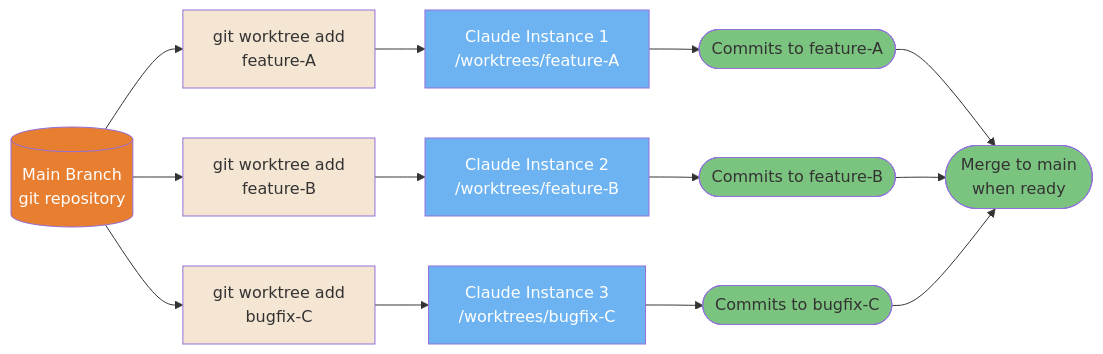
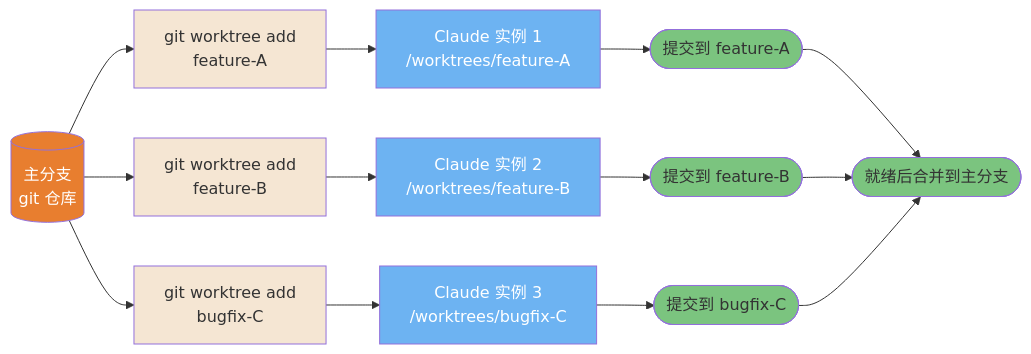
Before and after one commit to lawrencewzen/aispark-wiki: the second of 5 diagrams in claude-code/diagrams/07-multi-agent-patterns.md, drawn with Mermaid. The commit also changed other lines of this file and 82 other files, not shown here.

First line of the commit message:
feat: 完成 claude-code/ 目录全量中文翻译

````diff
--- a/claude-code/diagrams/07-multi-agent-patterns.md
+++ b/claude-code/diagrams/07-multi-agent-patterns.md
@@ -97,40 +97,40 @@
 ```mermaid
 flowchart LR
-    MB[(Main Branch<br/>git repository)] --> WA[git worktree add<br/>feature-A]
+    MB[(主分支<br/>git 仓库)] --> WA[git worktree add<br/>feature-A]
     MB --> WB[git worktree add<br/>feature-B]
     MB --> WC[git worktree add<br/>bugfix-C]
 
-    WA --> CA[Claude Instance 1<br/>/worktrees/feature-A]
-    WB --> CB[Claude Instance 2<br/>/worktrees/feature-B]
-    WC --> CC[Claude Instance 3<br/>/worktrees/bugfix-C]
+    WA --> CA[Claude 实例 1<br/>/worktrees/feature-A]
+    WB --> CB[Claude 实例 2<br/>/worktrees/feature-B]
+    WC --> CC[Claude 实例 3<br/>/worktrees/bugfix-C]
 
-    CA --> CA1([Commits to feature-A])
-    CB --> CB1([Commits to feature-B])
-    CC --> CC1([Commits to bugfix-C])
+    CA --> CA1([提交到 feature-A])
+    CB --> CB1([提交到 feature-B])
+    CC --> CC1([提交到 bugfix-C])
 
-    CA1 & CB1 & CC1 --> MERGE([Merge to main<br/>when ready])
+    CA1 & CB1 & CC1 --> MERGE([就绪后合并到主分支])
 
     style MB fill:#E87E2F,color:#fff
     style CA fill:#6DB3F2,color:#fff
     style CB fill:#6DB3F2,color:#fff
     style CC fill:#6DB3F2,color:#fff
     style CA1 fill:#7BC47F,color:#333
     style CB1 fill:#7BC47F,color:#333
     style CC1 fill:#7BC47F,color:#333
     style MERGE fill:#7BC47F,color:#333
     style WA fill:#F5E6D3,color:#333
     style WB fill:#F5E6D3,color:#333
     style WC fill:#F5E6D3,color:#333
 
-    click MB href "https://github.com/claude-code-ultimate-guide/claude-code-ultimate-guide/blob/main/guide/ultimate-guide.md#912-git-best-practices--workflows" "Main Branch"
-    click WA href "https://github.com/claude-code-ultimate-guide/claude-code-ultimate-guide/blob/main/guide/ultimate-guide.md#912-git-best-practices--workflows" "Worktree: feature-A"
-    click WB href "https://github.com/claude-code-ultimate-guide/claude-code-ultimate-guide/blob/main/guide/ultimate-guide.md#912-git-best-practices--workflows" "Worktree: feature-B"
-    click WC href "https://github.com/claude-code-ultimate-guide/claude-code-ultimate-guide/blob/main/guide/ultimate-guide.md#912-git-best-practices--workflows" "Worktree: bugfix-C"
-    click CA href "https://github.com/claude-code-ultimate-guide/claude-code-ultimate-guide/blob/main/guide/ultimate-guide.md#912-git-best-practices--workflows" "Claude Instance 1"
-    click CB href "https://github.com/claude-code-ultimate-guide/claude-code-ultimate-guide/blob/main/guide/ultimate-guide.md#912-git-best-practices--workflows" "Claude Instance 2"
-    click CC href "https://github.com/claude-code-ultimate-guide/claude-code-ultimate-guide/blob/main/guide/ultimate-guide.md#912-git-best-practices--workflows" "Claude Instance 3"
-    click CA1 href "https://github.com/claude-code-ultimate-guide/claude-code-ultimate-guide/blob/main/guide/ultimate-guide.md#912-git-best-practices--workflows" "Commits to feature-A"
-    click CB1 href "https://github.com/claude-code-ultimate-guide/claude-code-ultimate-guide/blob/main/guide/ultimate-guide.md#912-git-best-practices--workflows" "Commits to feature-B"
-    click CC1 href "https://github.com/claude-code-ultimate-guide/claude-code-ultimate-guide/blob/main/guide/ultimate-guide.md#912-git-best-practices--workflows" "Commits to bugfix-C"
-    click MERGE href "https://github.com/claude-code-ultimate-guide/claude-code-ultimate-guide/blob/main/guide/ultimate-guide.md#912-git-best-practices--workflows" "Merge to main"
+    click MB href "https://github.com/claude-code-ultimate-guide/claude-code-ultimate-guide/blob/main/guide/ultimate-guide.md#912-git-best-practices--workflows" "主分支"
+    click WA href "https://github.com/claude-code-ultimate-guide/claude-code-ultimate-guide/blob/main/guide/ultimate-guide.md#912-git-best-practices--workflows" "工作树：feature-A"
+    click WB href "https://github.com/claude-code-ultimate-guide/claude-code-ultimate-guide/blob/main/guide/ultimate-guide.md#912-git-best-practices--workflows" "工作树：feature-B"
+    click WC href "https://github.com/claude-code-ultimate-guide/claude-code-ultimate-guide/blob/main/guide/ultimate-guide.md#912-git-best-practices--workflows" "工作树：bugfix-C"
+    click CA href "https://github.com/claude-code-ultimate-guide/claude-code-ultimate-guide/blob/main/guide/ultimate-guide.md#912-git-best-practices--workflows" "Claude 实例 1"
+    click CB href "https://github.com/claude-code-ultimate-guide/claude-code-ultimate-guide/blob/main/guide/ultimate-guide.md#912-git-best-practices--workflows" "Claude 实例 2"
+    click CC href "https://github.com/claude-code-ultimate-guide/claude-code-ultimate-guide/blob/main/guide/ultimate-guide.md#912-git-best-practices--workflows" "Claude 实例 3"
+    click CA1 href "https://github.com/claude-code-ultimate-guide/claude-code-ultimate-guide/blob/main/guide/ultimate-guide.md#912-git-best-practices--workflows" "提交到 feature-A"
+    click CB1 href "https://github.com/claude-code-ultimate-guide/claude-code-ultimate-guide/blob/main/guide/ultimate-guide.md#912-git-best-practices--workflows" "提交到 feature-B"
+    click CC1 href "https://github.com/claude-code-ultimate-guide/claude-code-ultimate-guide/blob/main/guide/ultimate-guide.md#912-git-best-practices--workflows" "提交到 bugfix-C"
+    click MERGE href "https://github.com/claude-code-ultimate-guide/claude-code-ultimate-guide/blob/main/guide/ultimate-guide.md#912-git-best-practices--workflows" "合并到主分支"
 ```
````
